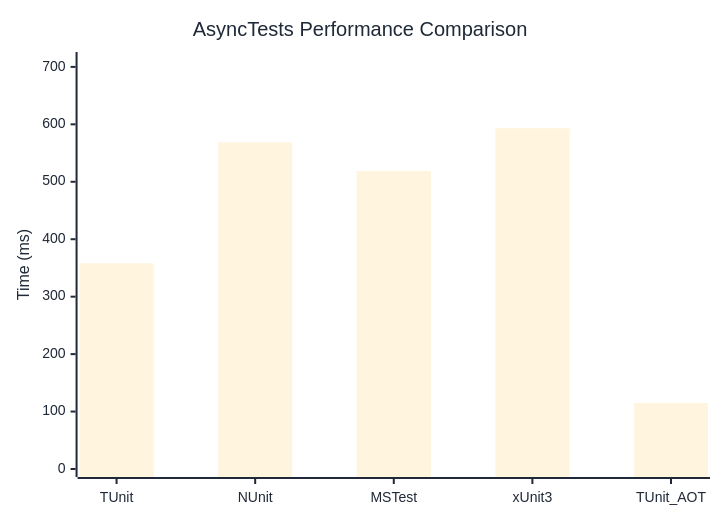
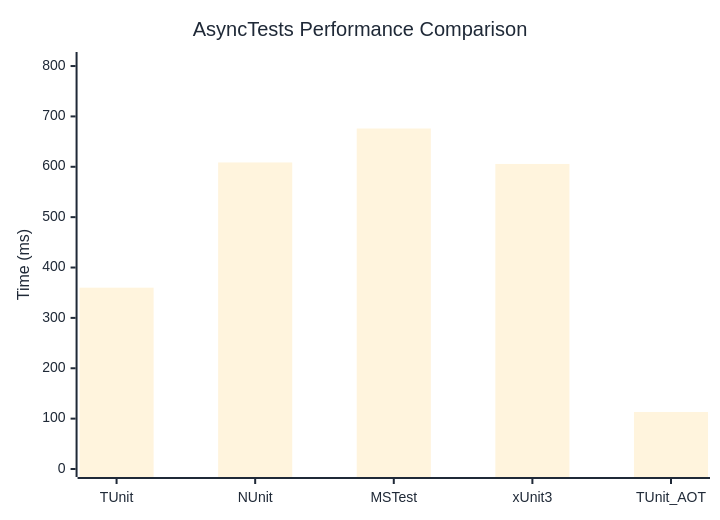
The diagram in docs/docs/benchmarks/engine/AsyncTests.md (thomhurst/TUnit), drawn with Mermaid before and after one commit. The commit also changed other lines of this file and 17 other files, not shown here.

````diff
--- a/docs/docs/benchmarks/engine/AsyncTests.md
+++ b/docs/docs/benchmarks/engine/AsyncTests.md
@@ -29,37 +29,37 @@
 ```mermaid
 %%{init: {
   'theme':'base',
   'themeVariables': {
     'primaryColor': '#2563eb',
     'primaryTextColor': '#1f2937',
     'primaryBorderColor': '#1e40af',
     'lineColor': '#6b7280',
     'secondaryColor': '#7c3aed',
     'tertiaryColor': '#dc2626',
     'background': '#ffffff',
     'mainBkg': '#2563eb',
     'secondBkg': '#7c3aed',
     'tertiaryBkg': '#dc2626',
     'clusterBkg': '#f3f4f6',
     'edgeLabelBackground': '#ffffff',
     'tertiaryTextColor': '#1f2937',
     'pie1': '#2563eb',
     'pie2': '#7c3aed',
     'pie3': '#dc2626',
     'pie4': '#f59e0b',
     'pie5': '#10b981',
     'pie6': '#06b6d4',
     'pie7': '#ec4899',
     'pie8': '#6366f1',
     'pie9': '#84cc16',
     'pie10': '#f97316',
     'pie11': '#14b8a6',
     'pie12': '#a855f7'
   }
 }}%%
 xychart-beta
   title "AsyncTests Performance Comparison"
   x-axis ["TUnit", "NUnit", "MSTest", "xUnit3", "TUnit_AOT"]
-  y-axis "Time (ms)" 0 --> 712
-  bar [358, 568.6, 518.8, 593.3, 114.8]
+  y-axis "Time (ms)" 0 --> 812
+  bar [360, 608.6, 676, 605.6, 113.1]
 ```
````
